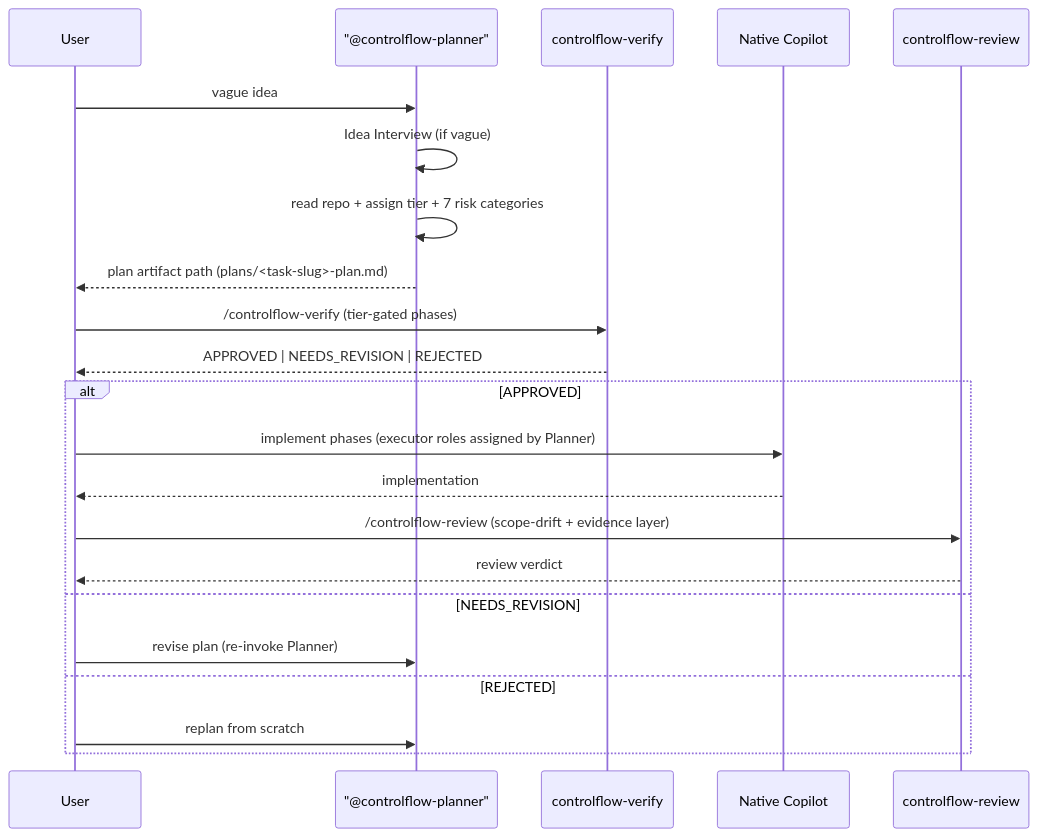
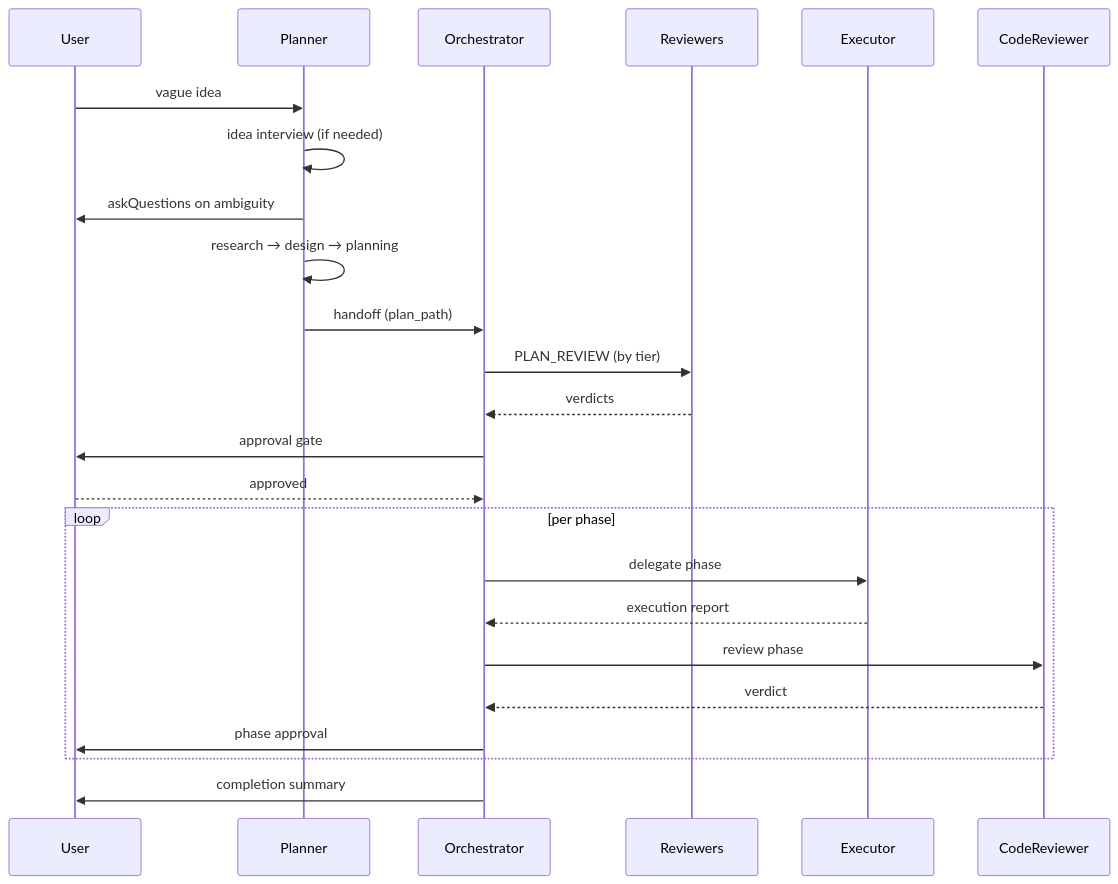
One commit to Smithbox-ai/ControlFlow changed the second of 2 diagrams in docs/tutorial-en/02-architecture-overview.md. Above: the diagram before and after it, drawn with Mermaid. The commit also changed other lines of this file and 416 other files, not shown here.

````diff
--- a/docs/tutorial-en/02-architecture-overview.md
+++ b/docs/tutorial-en/02-architecture-overview.md
@@ -95,25 +122,27 @@
 ```mermaid
 sequenceDiagram
     participant U as User
-    participant P as "@controlflow-planner"
-    participant V as controlflow-verify
-    participant N as Native Copilot
-    participant R as controlflow-review
+    participant P as Planner
+    participant O as Orchestrator
+    participant R as Reviewers
+    participant E as Executor
+    participant CR as CodeReviewer
 
     U->>P: vague idea
-    P->>P: Idea Interview (if vague)
-    P->>P: read repo + assign tier + 7 risk categories
-    P-->>U: plan artifact path (plans/<task-slug>-plan.md)
-    U->>V: /controlflow-verify (tier-gated phases)
-    V-->>U: APPROVED | NEEDS_REVISION | REJECTED
-    alt APPROVED
-        U->>N: implement phases (executor roles assigned by Planner)
-        N-->>U: implementation
-        U->>R: /controlflow-review (scope-drift + evidence layer)
-        R-->>U: review verdict
-    else NEEDS_REVISION
-        U->>P: revise plan (re-invoke Planner)
-    else REJECTED
-        U->>P: replan from scratch
+    P->>P: idea interview (if needed)
+    P->>U: askQuestions on ambiguity
+    P->>P: research → design → planning
+    P->>O: handoff (plan_path)
+    O->>R: PLAN_REVIEW (by tier)
+    R-->>O: verdicts
+    O->>U: approval gate
+    U-->>O: approved
+    loop per phase
+        O->>E: delegate phase
+        E-->>O: execution report
+        O->>CR: review phase
+        CR-->>O: verdict
+        O->>U: phase approval
     end
+    O->>U: completion summary
 ```
````
